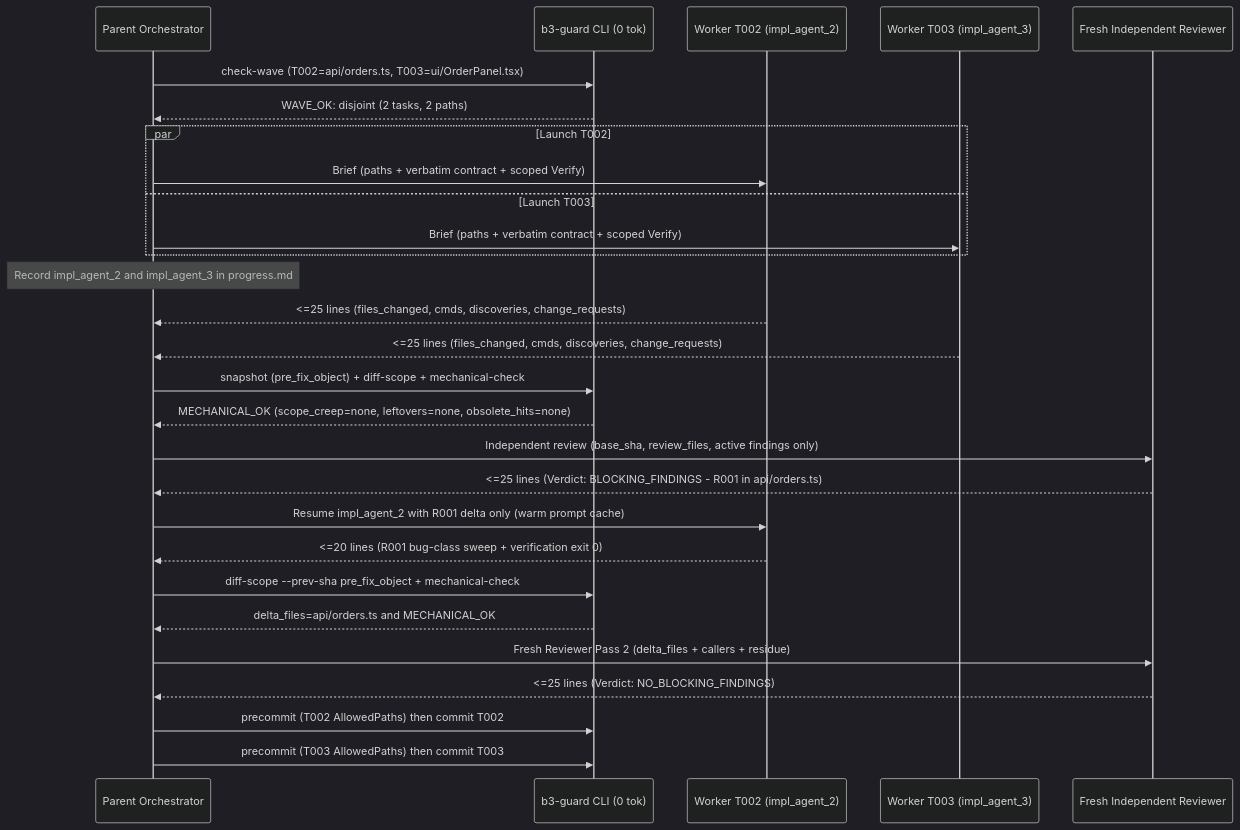
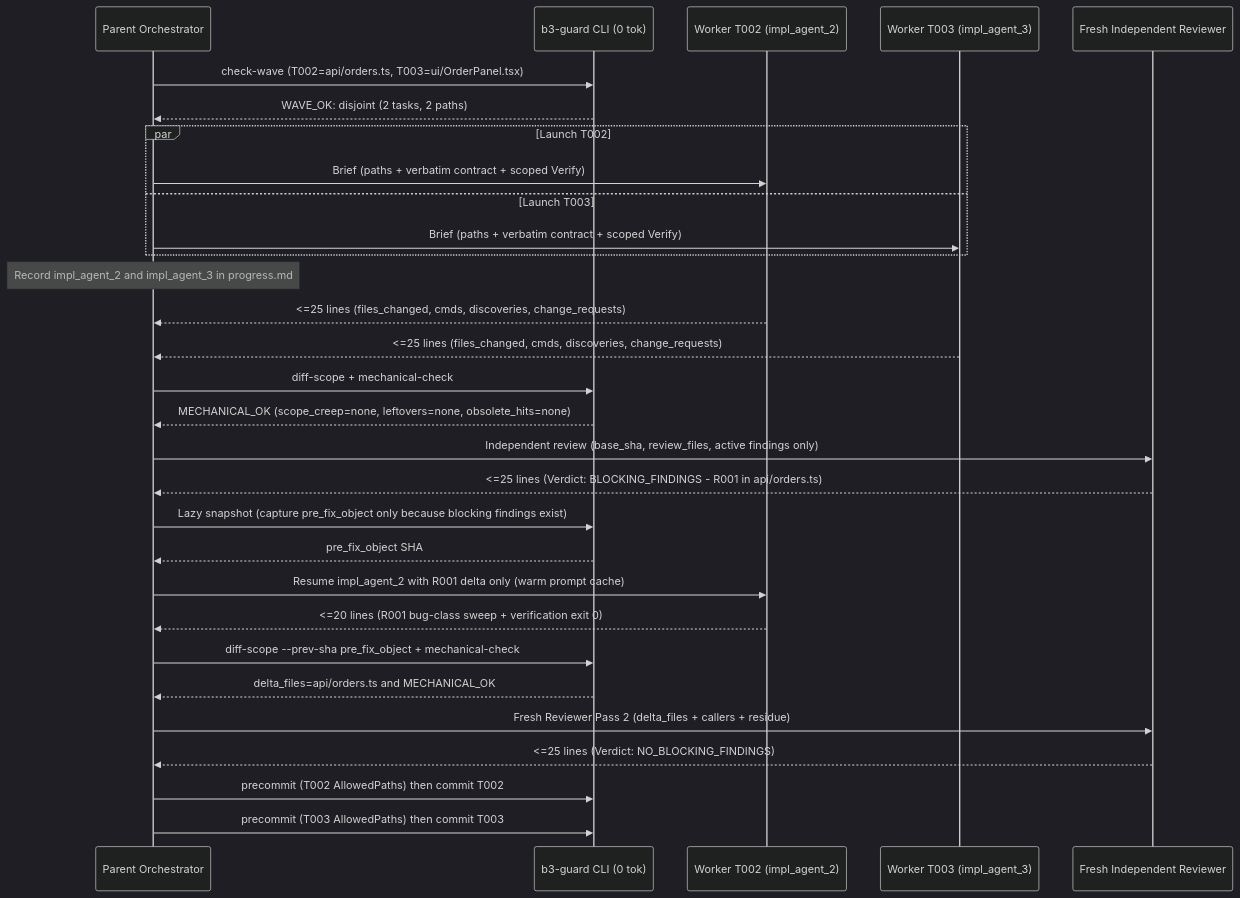
Before and after one commit to hptbee/b3_ai-engineering: the second of 5 diagrams in docs/ship-and-review-guide.md, drawn with Mermaid (dark theme). The commit also changed other lines of this file and 7 other files, not shown here.

First line of the commit message:
Streamline /ship to 7 steps, lazy snapshot/baseline, and lean inline checkpoints

````diff
--- a/docs/ship-and-review-guide.md
+++ b/docs/ship-and-review-guide.md
@@ -63,39 +66,42 @@
 ```mermaid
 sequenceDiagram
     participant P as Parent Orchestrator
     participant G as b3-guard CLI (0 tok)
     participant W2 as Worker T002 (impl_agent_2)
     participant W3 as Worker T003 (impl_agent_3)
     participant R as Fresh Independent Reviewer
 
     P->>G: check-wave (T002=api/orders.ts, T003=ui/OrderPanel.tsx)
     G-->>P: WAVE_OK: disjoint (2 tasks, 2 paths)
 
     par Launch T002
         P->>W2: Brief (paths + verbatim contract + scoped Verify)
     and Launch T003
         P->>W3: Brief (paths + verbatim contract + scoped Verify)
     end
     Note over P: Record impl_agent_2 and impl_agent_3 in progress.md
 
     W2-->>P: <=25 lines (files_changed, cmds, discoveries, change_requests)
     W3-->>P: <=25 lines (files_changed, cmds, discoveries, change_requests)
 
-    P->>G: snapshot (pre_fix_object) + diff-scope + mechanical-check
+    P->>G: diff-scope + mechanical-check
     G-->>P: MECHANICAL_OK (scope_creep=none, leftovers=none, obsolete_hits=none)
 
     P->>R: Independent review (base_sha, review_files, active findings only)
     R-->>P: <=25 lines (Verdict: BLOCKING_FINDINGS - R001 in api/orders.ts)
+
+    P->>G: Lazy snapshot (capture pre_fix_object only because blocking findings exist)
+    G-->>P: pre_fix_object SHA
 
     P->>W2: Resume impl_agent_2 with R001 delta only (warm prompt cache)
     W2-->>P: <=20 lines (R001 bug-class sweep + verification exit 0)
 
     P->>G: diff-scope --prev-sha pre_fix_object + mechanical-check
     G-->>P: delta_files=api/orders.ts and MECHANICAL_OK
 
     P->>R: Fresh Reviewer Pass 2 (delta_files + callers + residue)
     R-->>P: <=25 lines (Verdict: NO_BLOCKING_FINDINGS)
 
     P->>G: precommit (T002 AllowedPaths) then commit T002
     P->>G: precommit (T003 AllowedPaths) then commit T003
 ```
````
